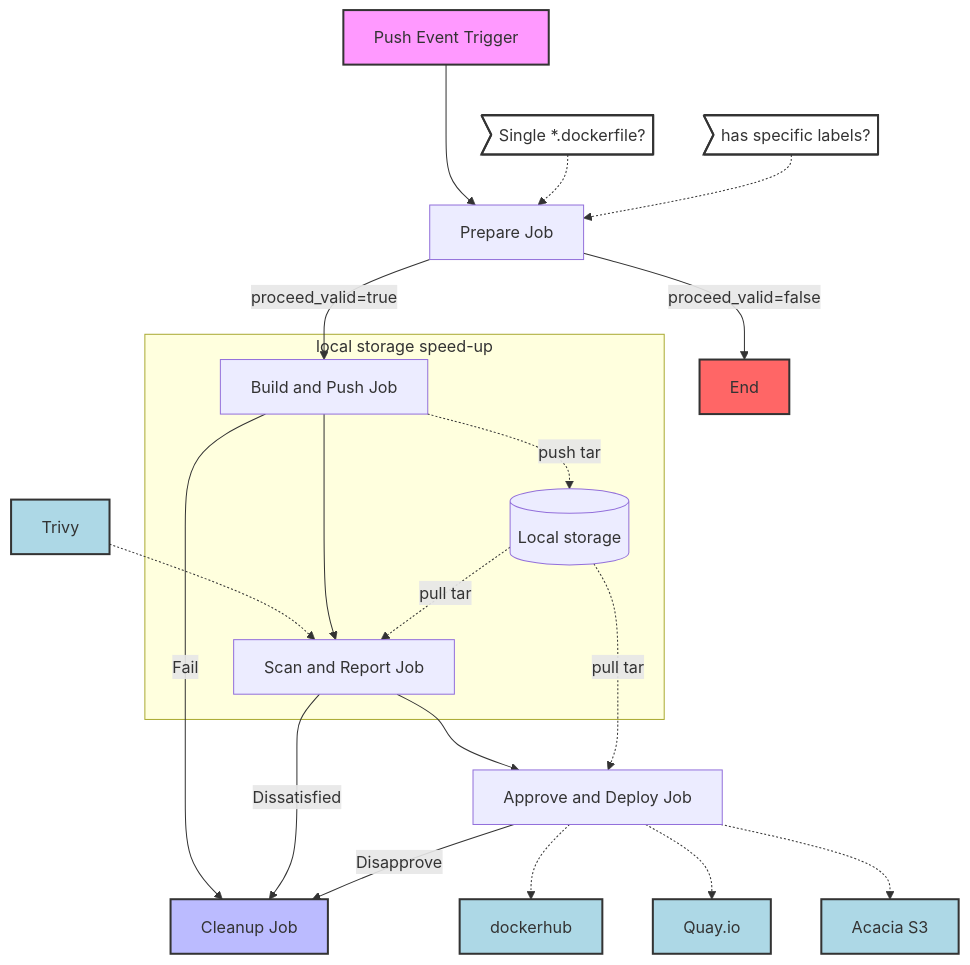
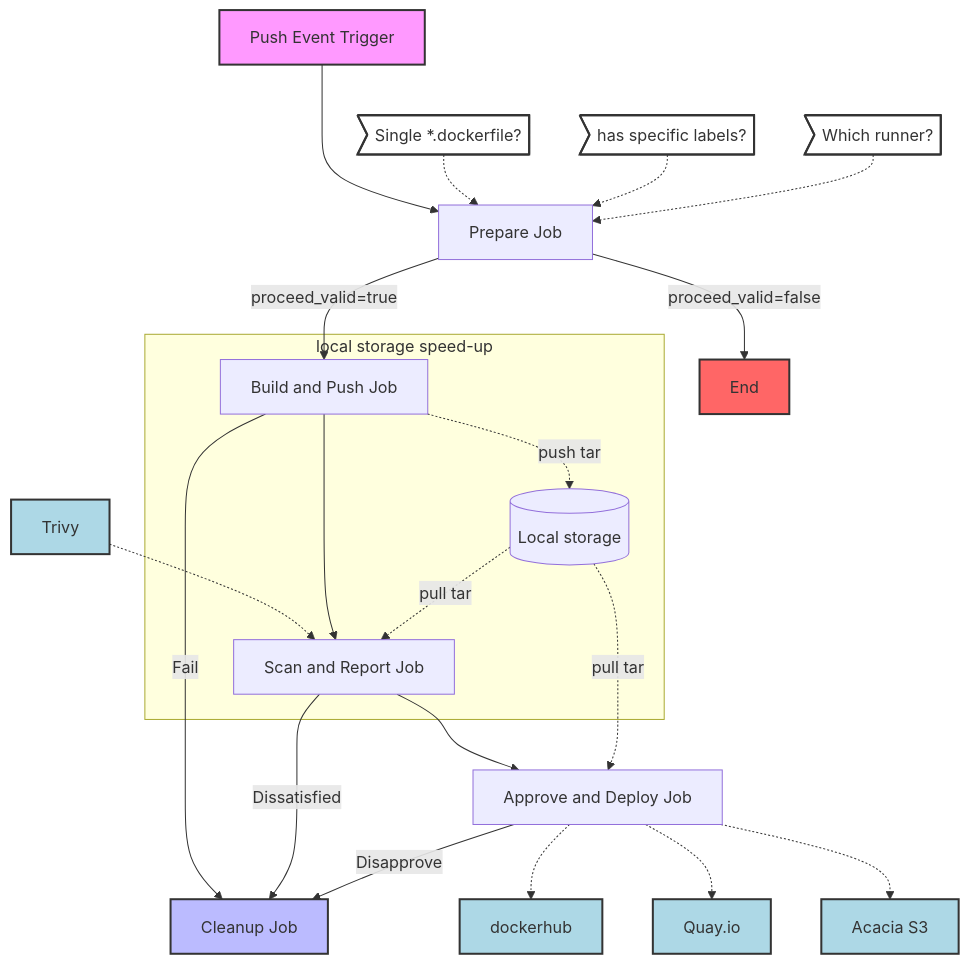
The first of 2 diagrams in .github/workflows/Readme.md (Quleaf/TestAction), drawn with Mermaid before and after one commit. The commit also changed other lines of this file and 7 other files, not shown here.

````diff
--- a/.github/workflows/Readme.md
+++ b/.github/workflows/Readme.md
@@ -6,44 +6,46 @@
 ```mermaid
 graph TD
     A[Push Event Trigger] ---> B[Prepare Job]
     
     B1>Single *.dockerfile?] -.-> B
     B2>has specific labels? ] -.-> B
+    B3>Which runner?] -.-> B
     B -->|proceed_valid=true| C[Build and Push Job]
     B -->|proceed_valid=false| F[End]
     
     C1[Trivy] -.->D[Build and Push Job]
     C --> D[Scan and Report Job]
   
    
     
     D --> E[Approve and Deploy Job]
     C --> |Fail|G
     D --> |Dissatisfied|G  
     E --> |Disapprove|G[Cleanup Job]
 
     C3-.->|pull tar|E
     E -.->H[dockerhub]
     E -.->I[Quay.io]
     E -.->J[Acacia S3]
     
     
   
 
     subgraph local storage speed-up
         C[Build and Push Job] -.-> |push tar|C3[(Local storage)]
         C3-.->|pull tar|D[Scan and Report Job]
 
     end
     
     %% Styling for clarity
     style A fill:#f9f,stroke:#333,stroke-width:2px
     style F fill:#f66,stroke:#333,stroke-width:2px
     style G fill:#bbf,stroke:#333,stroke-width:2px
     style B1 fill:#fff,stroke:#333,stroke-width:2px
     style B2 fill:#fff,stroke:#333,stroke-width:2px
+    style B3 fill:#fff,stroke:#333,stroke-width:2px
     style C1 fill:#add8e6,stroke:#333,stroke-width:2px
     style H fill:#add8e6,stroke:#333,stroke-width:2px
     style I fill:#add8e6,stroke:#333,stroke-width:2px
     style J fill:#add8e6,stroke:#333,stroke-width:2px
 ```
````
